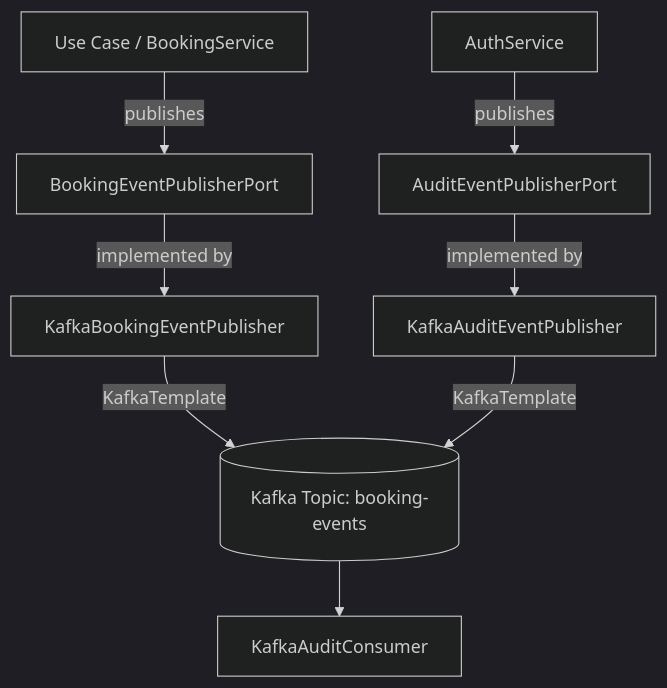
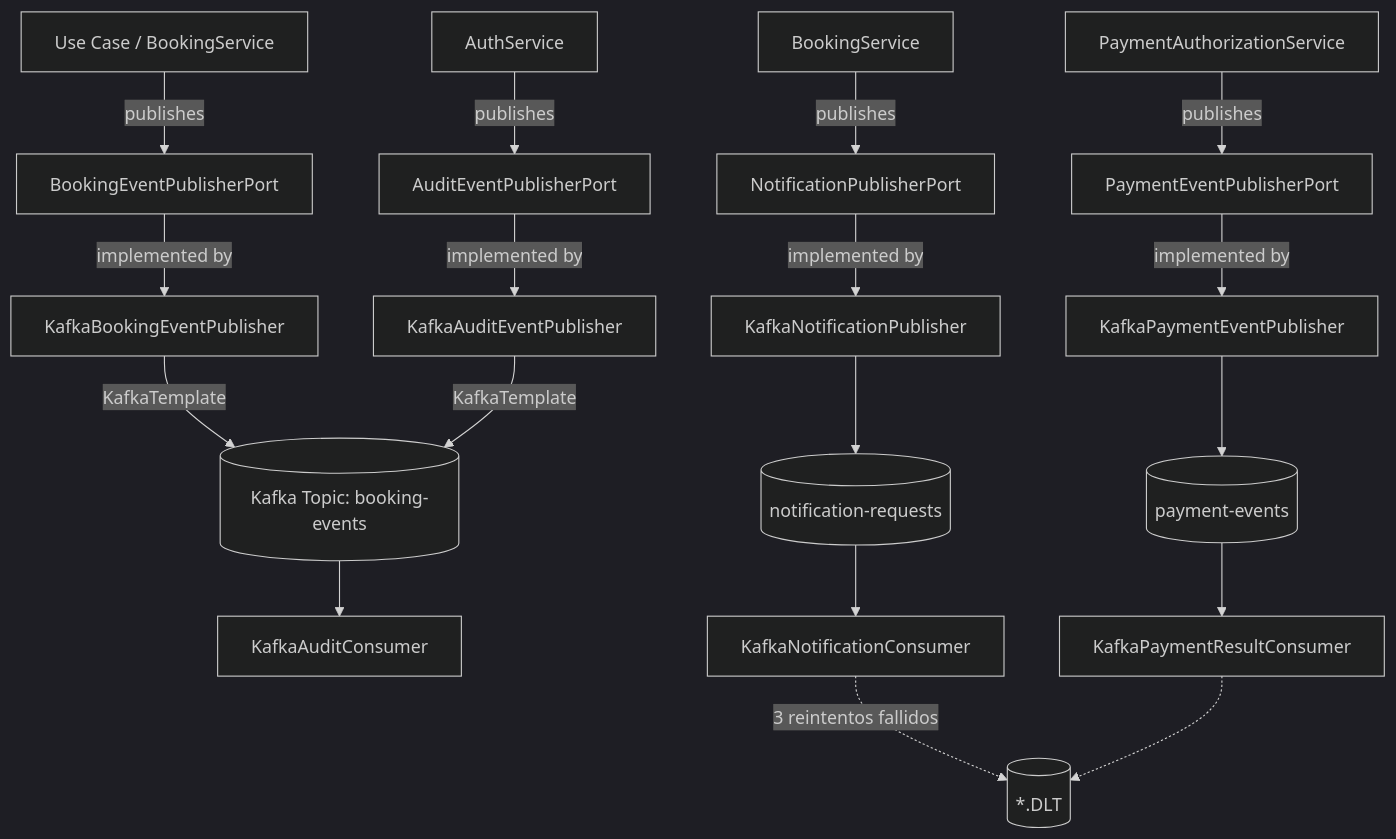
One commit to Danilo-Doria/SkillBridge-AI-JAVA-Angular changed the diagram in docs/architecture/kafka.md. Above: the diagram before and after it, drawn with Mermaid (dark theme). The commit also changed other lines of this file and 350 other files, not shown here.

````diff
--- a/docs/architecture/kafka.md
+++ b/docs/architecture/kafka.md
@@ -21,12 +29,23 @@
 ```mermaid
 flowchart TD
     UC[Use Case / BookingService] --> |publishes| Port[BookingEventPublisherPort]
     Port --> |implemented by| Adapter[KafkaBookingEventPublisher]
     Adapter --> |KafkaTemplate| Topic[(Kafka Topic: booking-events)]
     
     Auth[AuthService] --> |publishes| AuditPort[AuditEventPublisherPort]
     AuditPort --> |implemented by| AuditAdapter[KafkaAuditEventPublisher]
     AuditAdapter --> |KafkaTemplate| Topic
     
     Topic --> Consumer[KafkaAuditConsumer]
+
+    BS[BookingService] --> |publishes| NPort[NotificationPublisherPort]
+    NPort --> |implemented by| NAdapter[KafkaNotificationPublisher]
+    NAdapter --> NTopic[(notification-requests)]
+    NTopic --> NCons[KafkaNotificationConsumer]
+    PAS[PaymentAuthorizationService] --> |publishes| PPort[PaymentEventPublisherPort]
+    PPort --> |implemented by| PAdapter[KafkaPaymentEventPublisher]
+    PAdapter --> PTopic[(payment-events)]
+    PTopic --> PCons[KafkaPaymentResultConsumer]
+    NCons -.-> |3 reintentos fallidos| DLT[(*.DLT)]
+    PCons -.-> DLT
 ```
````
